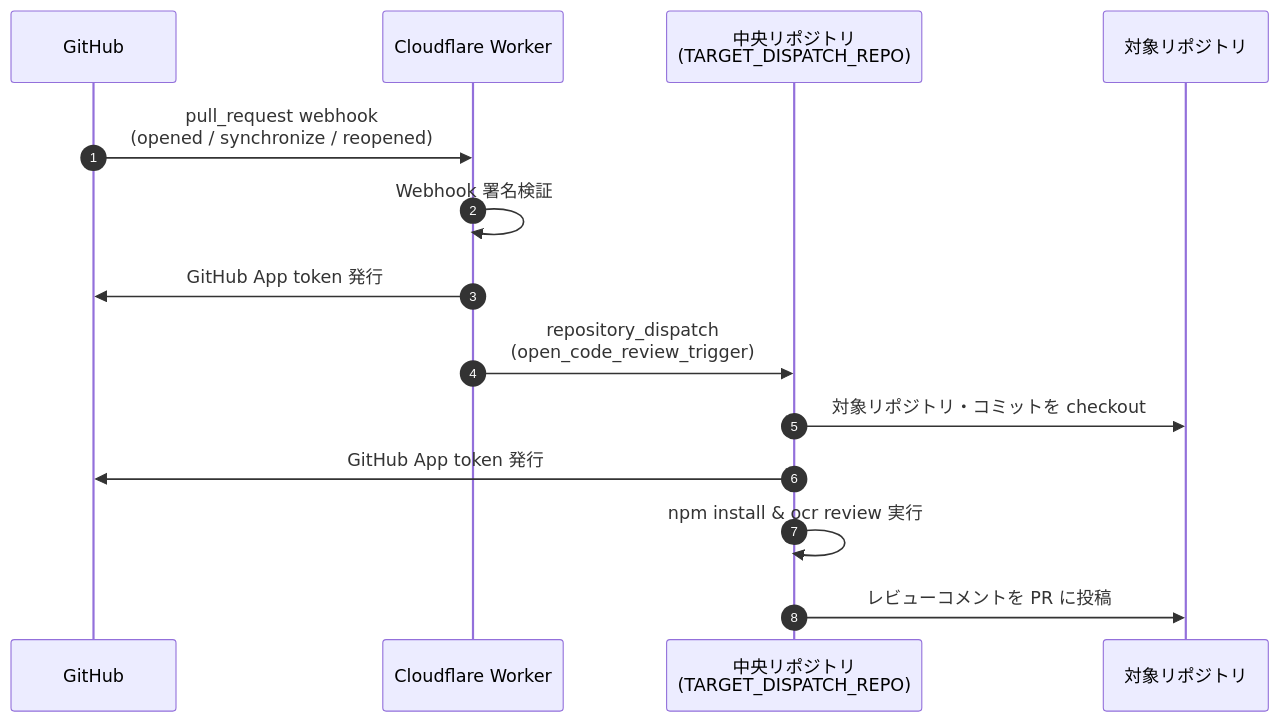
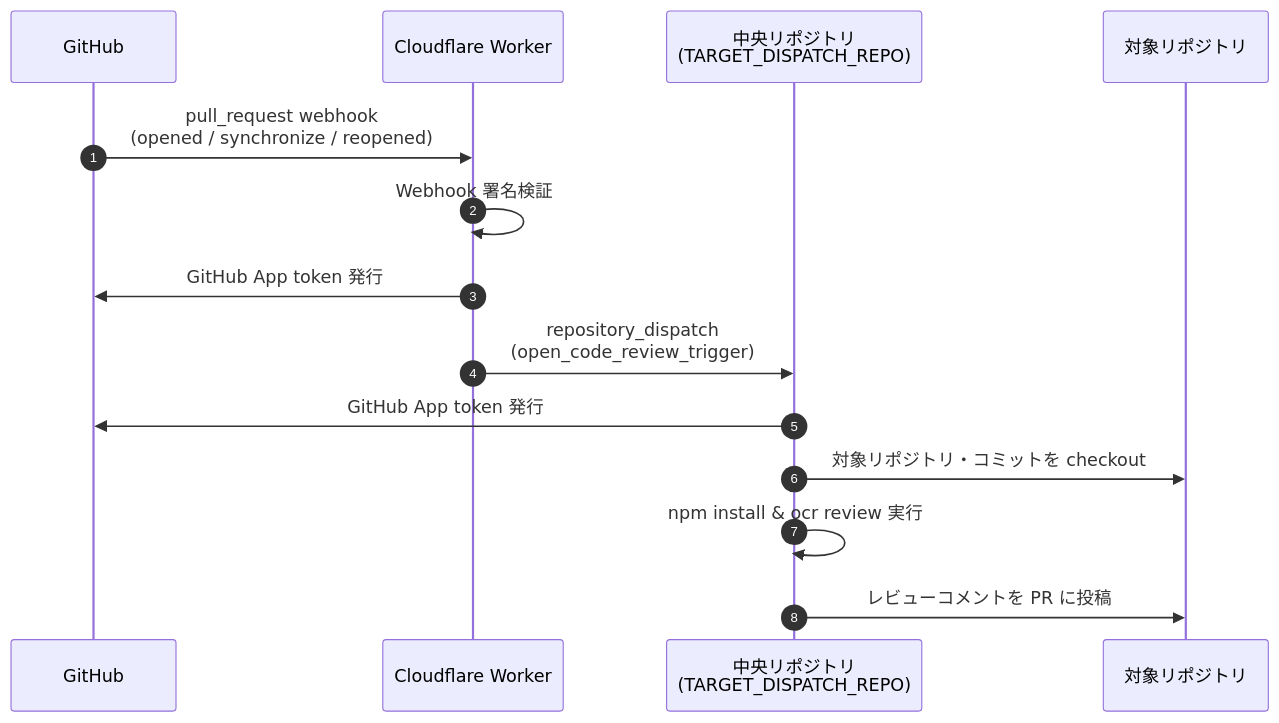
Before and after one commit to yohi/ocr-app: the diagram in README.md, drawn with Mermaid. The commit also changed other lines of this file and 1 other file, not shown here.

First line of the commit message:
fix(workflow): GitHub App token を対象リポジトリの checkout 前に発行するよう修正

````diff
--- a/README.md
+++ b/README.md
@@ -43,17 +43,17 @@
 ```mermaid
 sequenceDiagram
     autonumber
     participant GH as GitHub
     participant CW as Cloudflare Worker
     participant CR as 中央リポジトリ<br/>(TARGET_DISPATCH_REPO)
     participant TR as 対象リポジトリ
 
     GH->>CW: pull_request webhook<br/>(opened / synchronize / reopened)
     CW->>CW: Webhook 署名検証
     CW->>GH: GitHub App token 発行
     CW->>CR: repository_dispatch<br/>(open_code_review_trigger)
+    CR->>GH: GitHub App token 発行
     CR->>TR: 対象リポジトリ・コミットを checkout
-    CR->>GH: GitHub App token 発行
     CR->>CR: npm install & ocr review 実行
     CR->>TR: レビューコメントを PR に投稿
 ```
````
